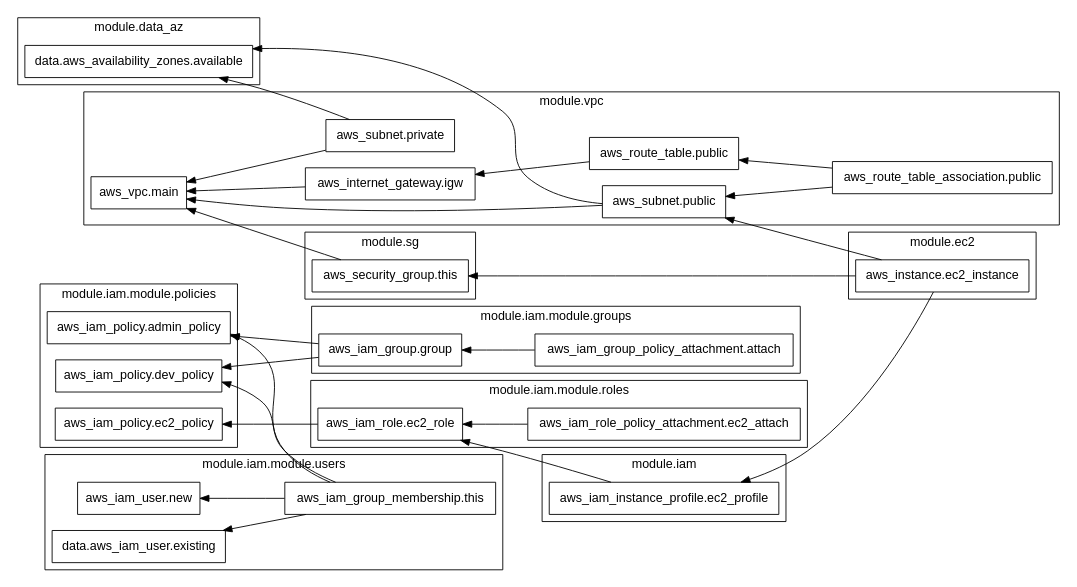
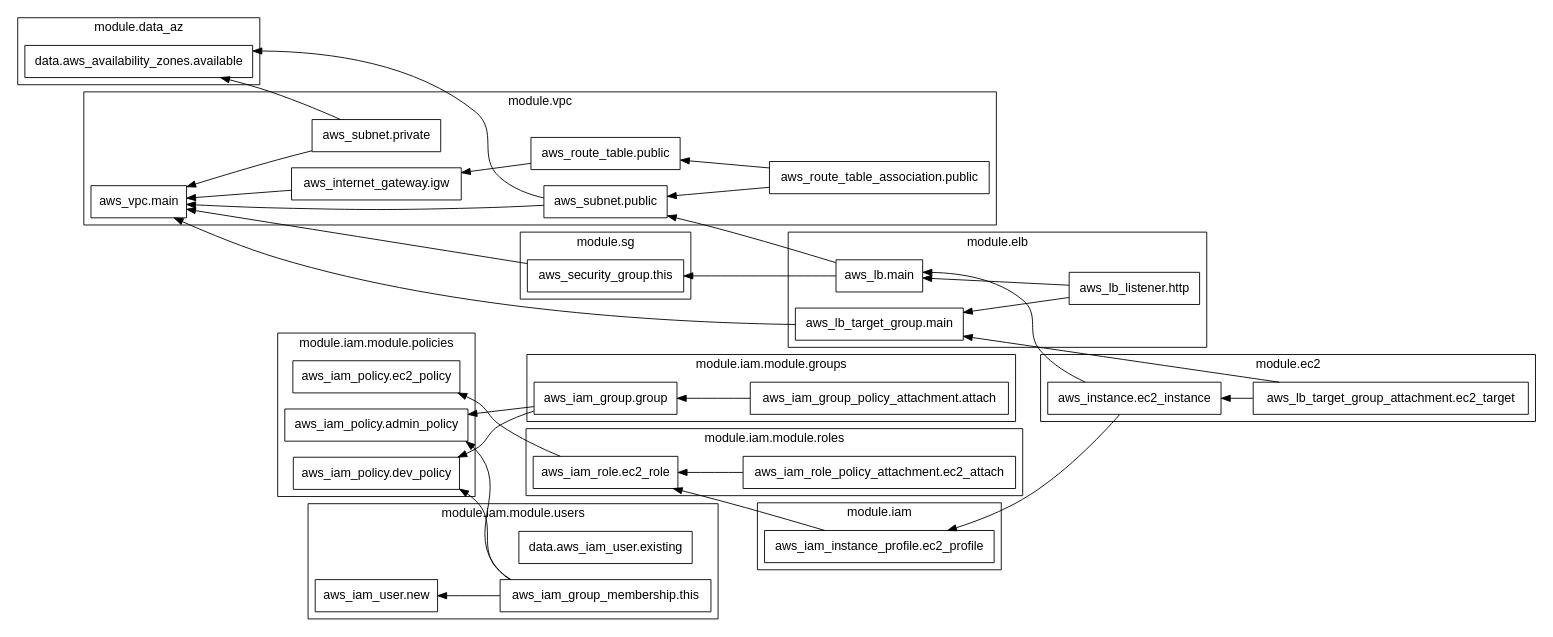
The diagram in graph.dot (umarbkh/terraform-cicd), drawn with Graphviz before and after one commit. The commit also changed 14 other files, not shown here.

Commit message:
adding ELB module

```diff
--- a/graph.dot
+++ b/graph.dot
@@ -1,82 +1,95 @@
 digraph G {
   rankdir = "RL";
   node [shape = rect, fontname = "sans-serif"];
   subgraph "cluster_module.data_az" {
     label = "module.data_az"
     fontname = "sans-serif"
     "module.data_az.data.aws_availability_zones.available" [label="data.aws_availability_zones.available"];
   }
   subgraph "cluster_module.ec2" {
     label = "module.ec2"
     fontname = "sans-serif"
     "module.ec2.aws_instance.ec2_instance" [label="aws_instance.ec2_instance"];
+    "module.ec2.aws_lb_target_group_attachment.ec2_target" [label="aws_lb_target_group_attachment.ec2_target"];
+  }
+  subgraph "cluster_module.elb" {
+    label = "module.elb"
+    fontname = "sans-serif"
+    "module.elb.aws_lb.main" [label="aws_lb.main"];
+    "module.elb.aws_lb_listener.http" [label="aws_lb_listener.http"];
+    "module.elb.aws_lb_target_group.main" [label="aws_lb_target_group.main"];
   }
   subgraph "cluster_module.iam" {
     label = "module.iam"
     fontname = "sans-serif"
     "module.iam.aws_iam_instance_profile.ec2_profile" [label="aws_iam_instance_profile.ec2_profile"];
   }
   subgraph "cluster_module.iam.module.groups" {
     label = "module.iam.module.groups"
     fontname = "sans-serif"
     "module.iam.module.groups.aws_iam_group.group" [label="aws_iam_group.group"];
     "module.iam.module.groups.aws_iam_group_policy_attachment.attach" [label="aws_iam_group_policy_attachment.attach"];
   }
   subgraph "cluster_module.iam.module.policies" {
     label = "module.iam.module.policies"
     fontname = "sans-serif"
     "module.iam.module.policies.aws_iam_policy.admin_policy" [label="aws_iam_policy.admin_policy"];
     "module.iam.module.policies.aws_iam_policy.dev_policy" [label="aws_iam_policy.dev_policy"];
     "module.iam.module.policies.aws_iam_policy.ec2_policy" [label="aws_iam_policy.ec2_policy"];
   }
   subgraph "cluster_module.iam.module.roles" {
     label = "module.iam.module.roles"
     fontname = "sans-serif"
     "module.iam.module.roles.aws_iam_role.ec2_role" [label="aws_iam_role.ec2_role"];
     "module.iam.module.roles.aws_iam_role_policy_attachment.ec2_attach" [label="aws_iam_role_policy_attachment.ec2_attach"];
   }
   subgraph "cluster_module.iam.module.users" {
     label = "module.iam.module.users"
     fontname = "sans-serif"
     "module.iam.module.users.data.aws_iam_user.existing" [label="data.aws_iam_user.existing"];
     "module.iam.module.users.aws_iam_group_membership.this" [label="aws_iam_group_membership.this"];
     "module.iam.module.users.aws_iam_user.new" [label="aws_iam_user.new"];
   }
   subgraph "cluster_module.sg" {
     label = "module.sg"
     fontname = "sans-serif"
     "module.sg.aws_security_group.this" [label="aws_security_group.this"];
   }
   subgraph "cluster_module.vpc" {
     label = "module.vpc"
     fontname = "sans-serif"
     "module.vpc.aws_internet_gateway.igw" [label="aws_internet_gateway.igw"];
     "module.vpc.aws_route_table.public" [label="aws_route_table.public"];
     "module.vpc.aws_route_table_association.public" [label="aws_route_table_association.public"];
     "module.vpc.aws_subnet.private" [label="aws_subnet.private"];
     "module.vpc.aws_subnet.public" [label="aws_subnet.public"];
     "module.vpc.aws_vpc.main" [label="aws_vpc.main"];
   }
+  "module.ec2.aws_instance.ec2_instance" -> "module.elb.aws_lb.main";
   "module.ec2.aws_instance.ec2_instance" -> "module.iam.aws_iam_instance_profile.ec2_profile";
-  "module.ec2.aws_instance.ec2_instance" -> "module.sg.aws_security_group.this";
-  "module.ec2.aws_instance.ec2_instance" -> "module.vpc.aws_subnet.public";
+  "module.ec2.aws_lb_target_group_attachment.ec2_target" -> "module.ec2.aws_instance.ec2_instance";
+  "module.ec2.aws_lb_target_group_attachment.ec2_target" -> "module.elb.aws_lb_target_group.main";
+  "module.elb.aws_lb.main" -> "module.sg.aws_security_group.this";
+  "module.elb.aws_lb.main" -> "module.vpc.aws_subnet.public";
+  "module.elb.aws_lb_listener.http" -> "module.elb.aws_lb.main";
+  "module.elb.aws_lb_listener.http" -> "module.elb.aws_lb_target_group.main";
+  "module.elb.aws_lb_target_group.main" -> "module.vpc.aws_vpc.main";
   "module.iam.aws_iam_instance_profile.ec2_profile" -> "module.iam.module.roles.aws_iam_role.ec2_role";
   "module.iam.module.groups.aws_iam_group.group" -> "module.iam.module.policies.aws_iam_policy.admin_policy";
   "module.iam.module.groups.aws_iam_group.group" -> "module.iam.module.policies.aws_iam_policy.dev_policy";
   "module.iam.module.groups.aws_iam_group_policy_attachment.attach" -> "module.iam.module.groups.aws_iam_group.group";
   "module.iam.module.roles.aws_iam_role.ec2_role" -> "module.iam.module.policies.aws_iam_policy.ec2_policy";
   "module.iam.module.roles.aws_iam_role_policy_attachment.ec2_attach" -> "module.iam.module.roles.aws_iam_role.ec2_role";
   "module.iam.module.users.aws_iam_group_membership.this" -> "module.iam.module.policies.aws_iam_policy.admin_policy";
   "module.iam.module.users.aws_iam_group_membership.this" -> "module.iam.module.policies.aws_iam_policy.dev_policy";
-  "module.iam.module.users.aws_iam_group_membership.this" -> "module.iam.module.users.data.aws_iam_user.existing";
   "module.iam.module.users.aws_iam_group_membership.this" -> "module.iam.module.users.aws_iam_user.new";
   "module.sg.aws_security_group.this" -> "module.vpc.aws_vpc.main";
   "module.vpc.aws_internet_gateway.igw" -> "module.vpc.aws_vpc.main";
   "module.vpc.aws_route_table.public" -> "module.vpc.aws_internet_gateway.igw";
   "module.vpc.aws_route_table_association.public" -> "module.vpc.aws_route_table.public";
   "module.vpc.aws_route_table_association.public" -> "module.vpc.aws_subnet.public";
   "module.vpc.aws_subnet.private" -> "module.data_az.data.aws_availability_zones.available";
   "module.vpc.aws_subnet.private" -> "module.vpc.aws_vpc.main";
   "module.vpc.aws_subnet.public" -> "module.data_az.data.aws_availability_zones.available";
   "module.vpc.aws_subnet.public" -> "module.vpc.aws_vpc.main";
 }
```
